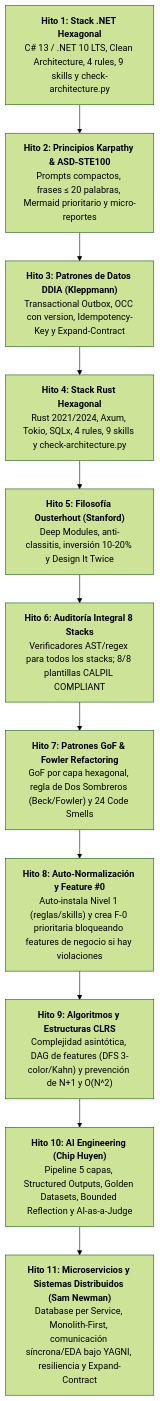
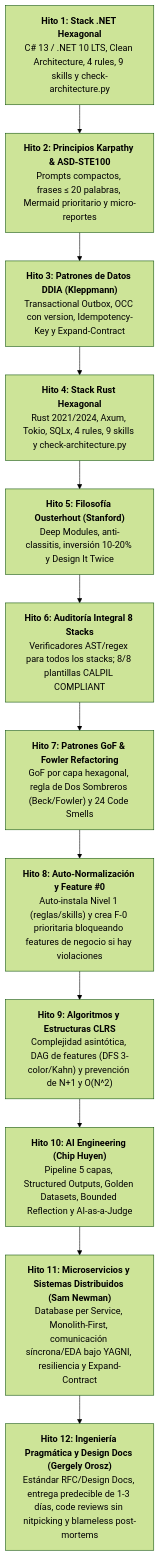
One commit to calpil/harness-flow changed the diagram in docs/README.md. Above: the diagram before and after it, drawn with Mermaid (forest theme). The commit also changed other lines of this file and 8 other files, not shown here.

Commit message:
feat: integrar principios de ingenieria de software pragmatica de gergely orosz

````diff
--- a/docs/README.md
+++ b/docs/README.md
@@ -21,16 +21,17 @@
 ```mermaid
 flowchart TD
     H1["<b>Hito 1: Stack .NET Hexagonal</b><br/>C# 13 / .NET 10 LTS, Clean Architecture, 4 rules, 9 skills y check-architecture.py"]
     H2["<b>Hito 2: Principios Karpathy & ASD-STE100</b><br/>Prompts compactos, frases &le; 20 palabras, Mermaid prioritario y micro-reportes"]
     H3["<b>Hito 3: Patrones de Datos DDIA (Kleppmann)</b><br/>Transactional Outbox, OCC con version, Idempotency-Key y Expand-Contract"]
     H4["<b>Hito 4: Stack Rust Hexagonal</b><br/>Rust 2021/2024, Axum, Tokio, SQLx, 4 rules, 9 skills y check-architecture.py"]
     H5["<b>Hito 5: Filosofía Ousterhout (Stanford)</b><br/>Deep Modules, anti-classitis, inversión 10-20% y Design It Twice"]
     H6["<b>Hito 6: Auditoría Integral 8 Stacks</b><br/>Verificadores AST/regex para todos los stacks; 8/8 plantillas CALPIL COMPLIANT"]
     H7["<b>Hito 7: Patrones GoF & Fowler Refactoring</b><br/>GoF por capa hexagonal, regla de Dos Sombreros (Beck/Fowler) y 24 Code Smells"]
     H8["<b>Hito 8: Auto-Normalización y Feature #0</b><br/>Auto-instala Nivel 1 (reglas/skills) y crea F-0 prioritaria bloqueando features de negocio si hay violaciones"]
     H9["<b>Hito 9: Algoritmos y Estructuras CLRS</b><br/>Complejidad asintótica, DAG de features (DFS 3-color/Kahn) y prevención de N+1 y O(N^2)"]
     H10["<b>Hito 10: AI Engineering (Chip Huyen)</b><br/>Pipeline 5 capas, Structured Outputs, Golden Datasets, Bounded Reflection y AI-as-a-Judge"]
     H11["<b>Hito 11: Microservicios y Sistemas Distribuidos (Sam Newman)</b><br/>Database per Service, Monolith-First, comunicación síncrona/EDA bajo YAGNI, resiliencia y Expand-Contract"]
+    H12["<b>Hito 12: Ingeniería Pragmática y Design Docs (Gergely Orosz)</b><br/>Estándar RFC/Design Docs, entrega predecible de 1-3 días, code reviews sin nitpicking y blameless post-mortems"]
 
-    H1 --> H2 --> H3 --> H4 --> H5 --> H6 --> H7 --> H8 --> H9 --> H10 --> H11
+    H1 --> H2 --> H3 --> H4 --> H5 --> H6 --> H7 --> H8 --> H9 --> H10 --> H11 --> H12
 ```
````
